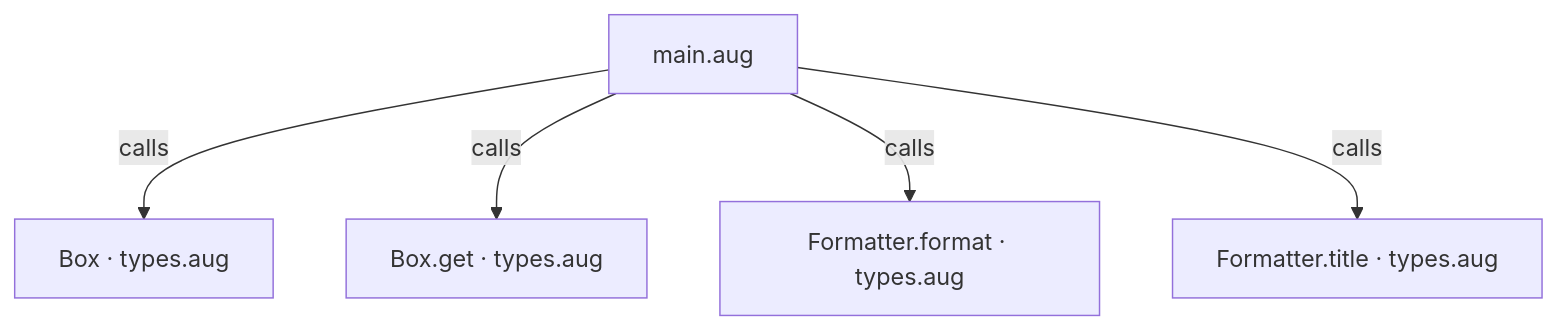
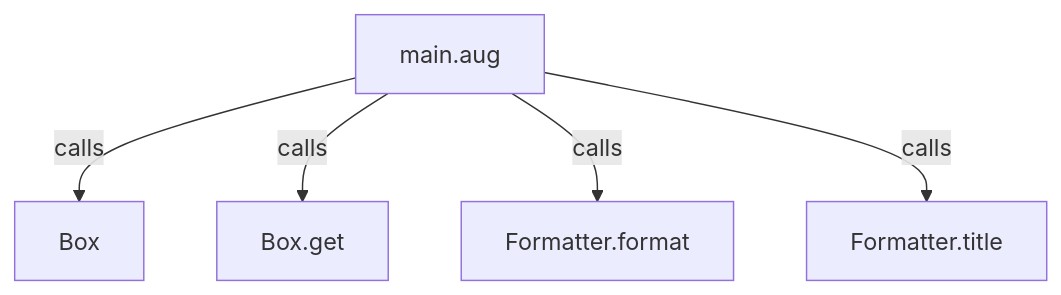
The second of 3 diagrams in docs/examples/generics/main-diagrams.md (GreenPandaStudios/augscript), drawn with Mermaid before and after one commit. The commit also changed other lines of this file and 524 other files, not shown here.

Commit message:
Explain checked data flow at folder and service levels

````diff
--- a/docs/examples/generics/main-diagrams.md
+++ b/docs/examples/generics/main-diagrams.md
@@ -30,12 +30,12 @@
 ```mermaid
 flowchart TD
     n0["main.aug"]
-    n1["Box · types.aug"]
-    n2["Box.get · types.aug"]
-    n3["Formatter.format · types.aug"]
-    n4["Formatter.title · types.aug"]
+    n1["Box"]
+    n2["Box.get"]
+    n3["Formatter.format"]
+    n4["Formatter.title"]
     n0 -->|"calls"| n1
     n0 -->|"calls"| n2
     n0 -->|"calls"| n3
     n0 -->|"calls"| n4
 ```
````
